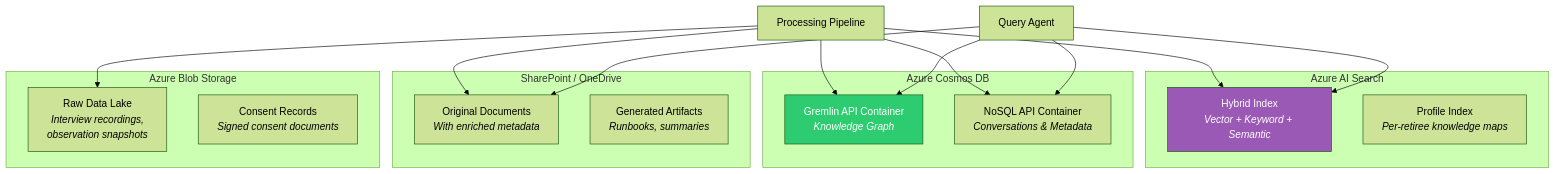
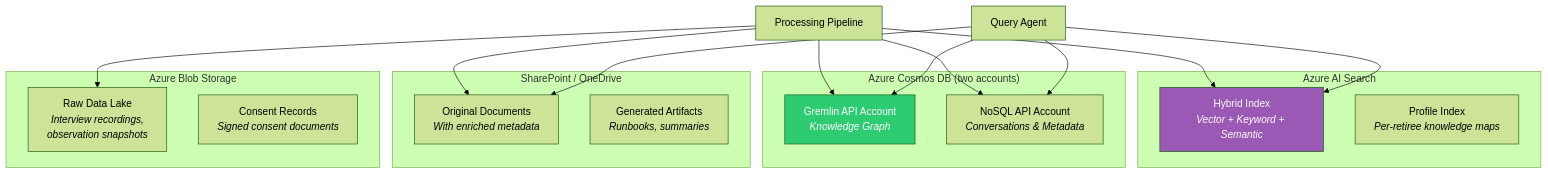
The first of 2 diagrams in docs/components/storage-layer.md (jnscnn/knowledge-transfer-agent), drawn with Mermaid (forest theme) before and after one commit. The commit also changed other lines of this file and 10 other files, not shown here.

First line of the commit message:
fix: resolve 10 feasibility issues identified in architecture review

````diff
--- a/docs/components/storage-layer.md
+++ b/docs/components/storage-layer.md
@@ -7,36 +7,36 @@
 ```mermaid
 graph TB
     subgraph "Azure AI Search"
         IDX["Hybrid Index<br/><i>Vector + Keyword + Semantic</i>"]
         PROF["Profile Index<br/><i>Per-retiree knowledge maps</i>"]
     end
 
-    subgraph "Azure Cosmos DB"
-        GREM["Gremlin API Container<br/><i>Knowledge Graph</i>"]
-        NOSQL["NoSQL API Container<br/><i>Conversations & Metadata</i>"]
+    subgraph "Azure Cosmos DB (two accounts)"
+        GREM["Gremlin API Account<br/><i>Knowledge Graph</i>"]
+        NOSQL["NoSQL API Account<br/><i>Conversations & Metadata</i>"]
     end
 
     subgraph "SharePoint / OneDrive"
         ORIG["Original Documents<br/><i>With enriched metadata</i>"]
         GEN["Generated Artifacts<br/><i>Runbooks, summaries</i>"]
     end
 
     subgraph "Azure Blob Storage"
         RAW["Raw Data Lake<br/><i>Interview recordings,<br/>observation snapshots</i>"]
         CONS["Consent Records<br/><i>Signed consent documents</i>"]
     end
 
     PIPE["Processing Pipeline"] --> IDX
     PIPE --> GREM
     PIPE --> NOSQL
     PIPE --> ORIG
     PIPE --> RAW
 
     QA["Query Agent"] --> IDX
     QA --> GREM
     QA --> NOSQL
     QA --> ORIG
 
     style IDX fill:#9B59B6,color:#fff
     style GREM fill:#2ECC71,color:#fff
 ```
````
